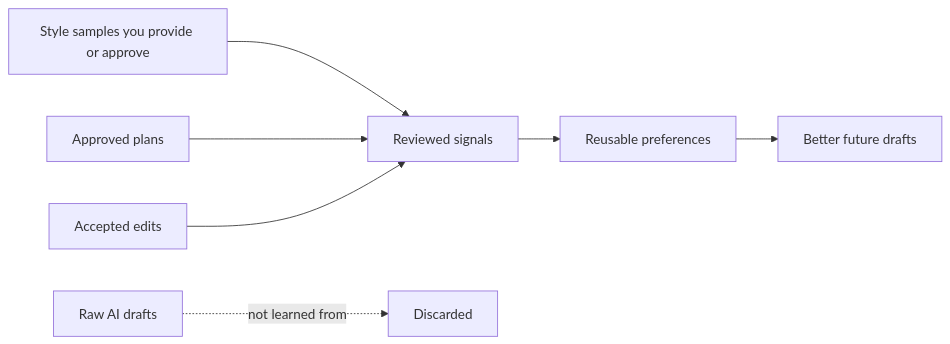
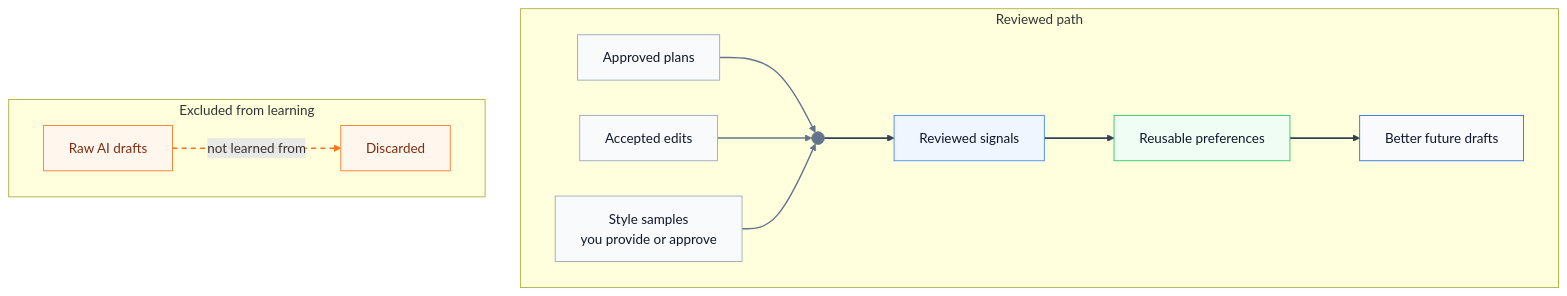
The diagram in README.md (xxsang/writers-loop), drawn with Mermaid before and after one commit.

Commit message:
Tidy README learning flowchart

````diff
--- a/README.md
+++ b/README.md
@@ -75,9 +75,32 @@
 ```mermaid
-flowchart LR
-  A["Style samples you provide or approve"] --> D["Reviewed signals"]
-  B["Approved plans"] --> D
-  C["Accepted edits"] --> D
-  X["Raw AI drafts"] -. "not learned from" .-> Z["Discarded"]
-  D --> E["Reusable preferences"]
-  E --> F["Better future drafts"]
+%%{init: {"flowchart": {"curve": "basis", "nodeSpacing": 42, "rankSpacing": 58}} }%%
+flowchart TB
+  subgraph reviewed["Reviewed path"]
+    direction LR
+    A["Approved plans"] --> M((" "))
+    B["Accepted edits"] --> M
+    C["Style samples<br/>you provide or approve"] --> M
+    M --> D["Reviewed signals"] --> E["Reusable preferences"] --> F["Better future drafts"]
+  end
+
+  subgraph excluded["Excluded from learning"]
+    direction LR
+    X["Raw AI drafts"] -. "not learned from" .-> Z["Discarded"]
+  end
+
+  classDef source fill:#F8FAFC,stroke:#94A3B8,color:#0F172A
+  classDef merge fill:#64748B,stroke:#64748B,color:#64748B
+  classDef signal fill:#EFF6FF,stroke:#3B82F6,color:#0F172A
+  classDef pref fill:#F0FDF4,stroke:#22C55E,color:#0F172A
+  classDef draft fill:#F8FAFC,stroke:#2563EB,color:#0F172A
+  classDef blocked fill:#FFF7ED,stroke:#F97316,color:#7C2D12
+  class A,B,C source
+  class M merge
+  class D signal
+  class E pref
+  class F draft
+  class X,Z blocked
+  linkStyle 0,1,2 stroke:#64748B,stroke-width:1.7px
+  linkStyle 3,4,5 stroke:#334155,stroke-width:2px
+  linkStyle 6 stroke:#F97316,stroke-width:1.8px,stroke-dasharray:6 5
 ```
````
